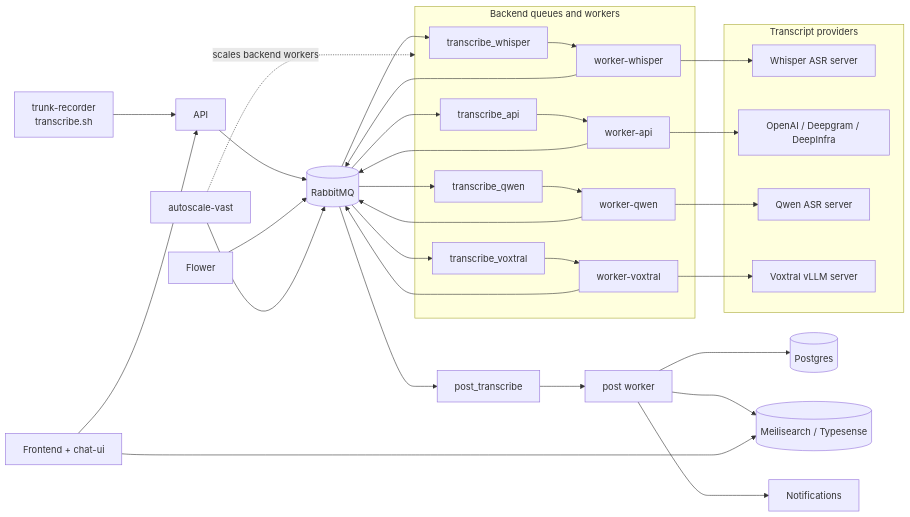
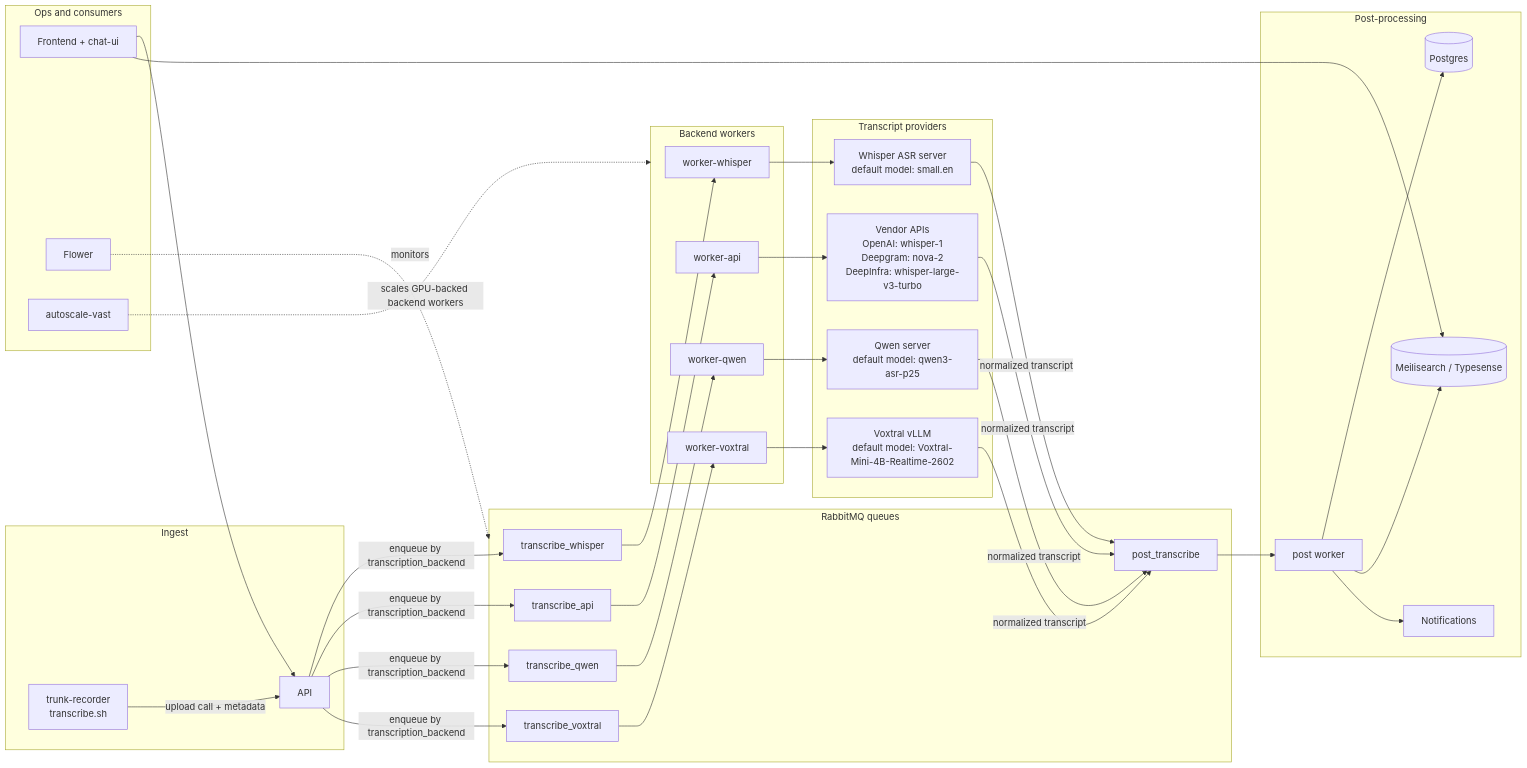
One commit to CrimeIsDown/trunk-transcribe changed the diagram in docs/architecture.md. Above: the diagram before and after it, drawn with Mermaid. The commit also changed other lines of this file and 1 other file, not shown here.

Commit message:
Refine architecture diagram

````diff
--- a/docs/architecture.md
+++ b/docs/architecture.md
@@ -7,54 +14,63 @@
 ```mermaid
 flowchart LR
-    TR[trunk-recorder<br/>transcribe.sh]
-    API[API]
-    RMQ[(RabbitMQ)]
+    subgraph INGEST[Ingest]
+        TR[trunk-recorder<br/>transcribe.sh]
+        API[API]
+    end
 
-    subgraph BW[Backend queues and workers]
+    subgraph QUEUES[RabbitMQ queues]
         QW[transcribe_whisper]
         QA[transcribe_api]
         QQ[transcribe_qwen]
         QV[transcribe_voxtral]
+        QP[post_transcribe]
+    end
+
+    subgraph EXEC[Backend workers]
         WP[worker-whisper]
         WA[worker-api]
         WQ[worker-qwen]
         WV[worker-voxtral]
     end
 
-    subgraph ASR[Transcript providers]
-        SW[Whisper ASR server]
-        SA[OpenAI / Deepgram / DeepInfra]
-        SQ[Qwen ASR server]
-        SV[Voxtral vLLM server]
+    subgraph PROVIDERS[Transcript providers]
+        PW[Whisper ASR server<br/>default model: small.en]
+        PA[Vendor APIs<br/>OpenAI: whisper-1<br/>Deepgram: nova-2<br/>DeepInfra: whisper-large-v3-turbo]
+        PQW[Qwen server<br/>default model: qwen3-asr-p25]
+        PV[Voxtral vLLM<br/>default model: Voxtral-Mini-4B-Realtime-2602]
     end
 
-    PQ[post_transcribe]
-    POST[post worker]
-    DB[(Postgres)]
-    SEARCH[(Meilisearch / Typesense)]
-    UI[Frontend + chat-ui]
-    NOTIFY[Notifications]
-    FLOWER[Flower]
-    AUTO[autoscale-vast]
+    subgraph POSTPROC[Post-processing]
+        POST[post worker]
+        DB[(Postgres)]
+        SEARCH[(Meilisearch / Typesense)]
+        NOTIFY[Notifications]
+    end
 
-    TR --> API --> RMQ
-    RMQ --> QW --> WP --> SW
-    RMQ --> QA --> WA --> SA
-    RMQ --> QQ --> WQ --> SQ
-    RMQ --> QV --> WV --> SV
+    subgraph OPS[Ops and consumers]
+        UI[Frontend + chat-ui]
+        FLOWER[Flower]
+        AUTO[autoscale-vast]
+    end
 
-    WP --> RMQ
-    WA --> RMQ
-    WQ --> RMQ
-    WV --> RMQ
-    RMQ --> PQ --> POST
+    TR -->|upload call + metadata| API
+    API -->|enqueue by transcription_backend| QW
+    API -->|enqueue by transcription_backend| QA
+    API -->|enqueue by transcription_backend| QQ
+    API -->|enqueue by transcription_backend| QV
 
+    QW --> WP --> PW -->|normalized transcript| QP
+    QA --> WA --> PA -->|normalized transcript| QP
+    QQ --> WQ --> PQW -->|normalized transcript| QP
+    QV --> WV --> PV -->|normalized transcript| QP
+
+    QP --> POST
     POST --> DB
     POST --> SEARCH
     POST --> NOTIFY
+
     UI --> API
     UI --> SEARCH
-    FLOWER --> RMQ
-    AUTO --> RMQ
-    AUTO -. scales backend workers .-> BW
+    FLOWER -. monitors .-> QUEUES
+    AUTO -. scales GPU-backed backend workers .-> EXEC
 ```
````
